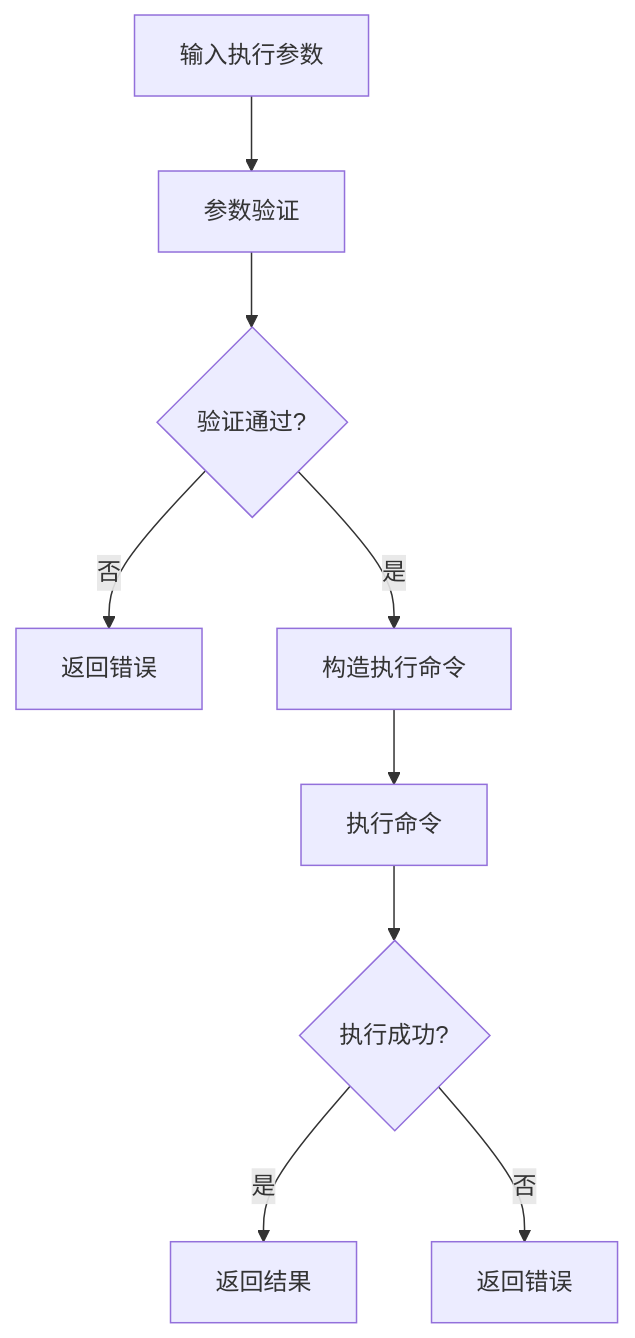
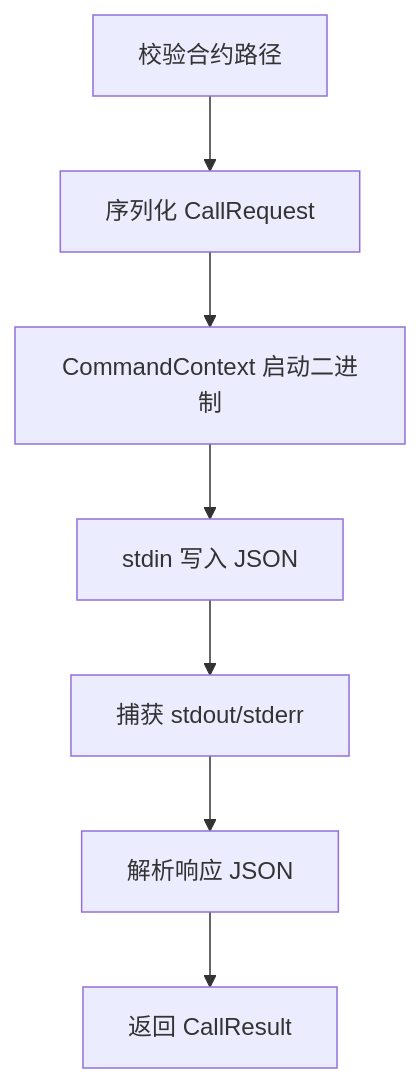
One commit to lengzhao/vm changed the diagram in docs/detailed_design/execution_environment_detailed_design.md. Above: the diagram before and after it, drawn with Mermaid. The commit also changed other lines of this file and 16 other files, not shown here.

````diff
--- a/docs/detailed_design/execution_environment_detailed_design.md
+++ b/docs/detailed_design/execution_environment_detailed_design.md
@@ -67,11 +32,9 @@
 ```mermaid
-graph TD
-A[输入执行参数] --> B[参数验证]
-B --> C{验证通过?}
-C --> |否| D[返回错误]
-C --> |是| E[构造执行命令]
-E --> F[执行命令]
-F --> G{执行成功?}
-G --> |是| H[返回结果]
-G --> |否| I[返回错误]
+flowchart TD
+    A[校验合约路径] --> B[序列化 CallRequest]
+    B --> C[CommandContext 启动二进制]
+    C --> D[stdin 写入 JSON]
+    D --> E[捕获 stdout/stderr]
+    E --> F[解析响应 JSON]
+    F --> G[返回 CallResult]
 ```
````
